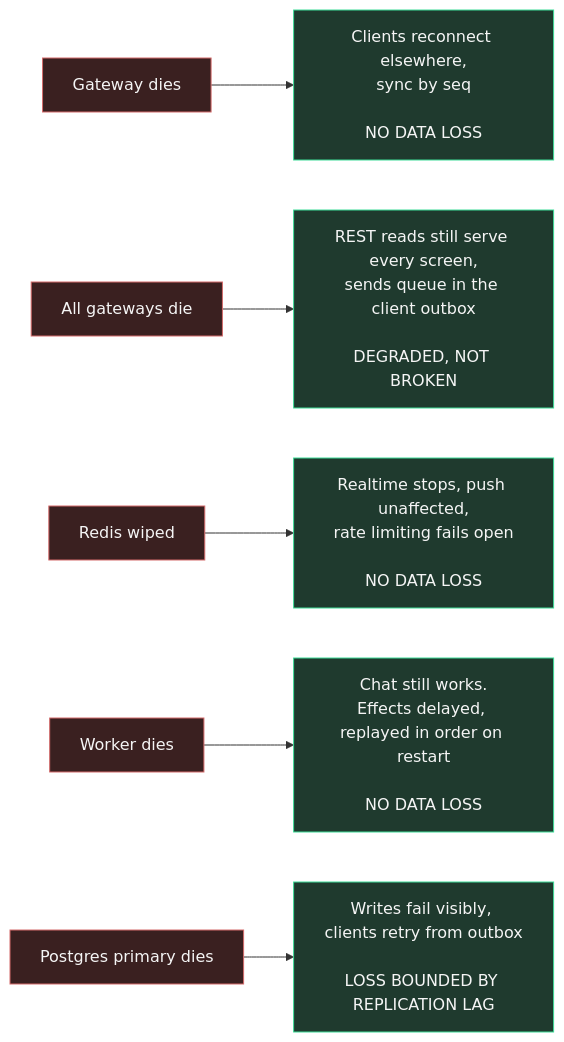
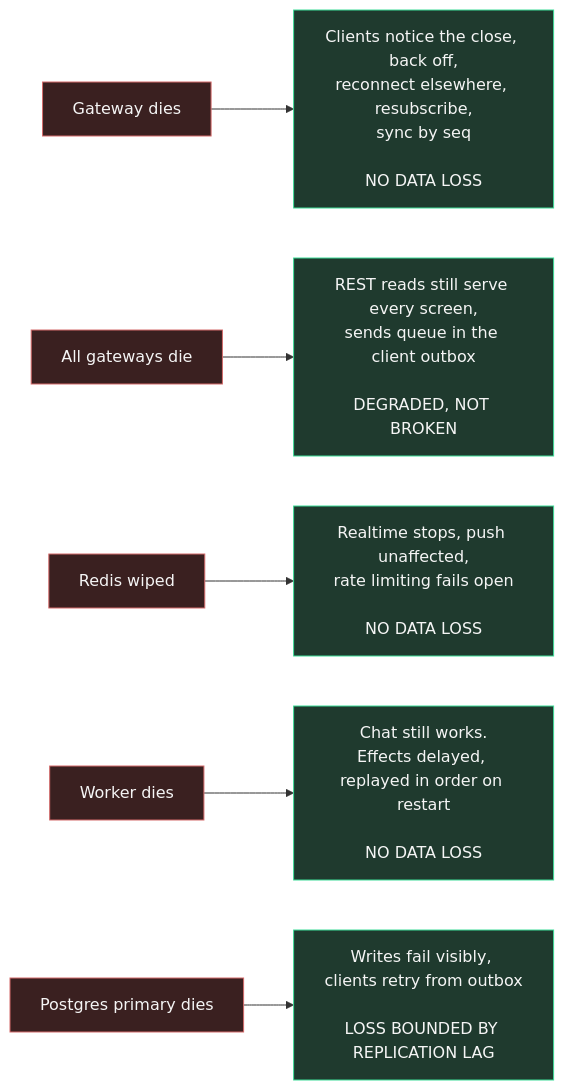
Before and after one commit to parks3131/ClubChat-Remastered: the sixth of 6 diagrams in SPEC/TECH/17-diagrams.md, drawn with Mermaid. The commit also changed other lines of this file and 8 other files, not shown here.

````diff
--- a/SPEC/TECH/17-diagrams.md
+++ b/SPEC/TECH/17-diagrams.md
@@ -264,13 +272,13 @@
 ```mermaid
 flowchart LR
-    K1["Gateway dies"] --> R1["Clients reconnect elsewhere,<br/>sync by seq<br/><br/>NO DATA LOSS"]
+    K1["Gateway dies"] --> R1["Clients notice the close, back off,<br/>reconnect elsewhere, resubscribe,<br/>sync by seq<br/><br/>NO DATA LOSS"]
     K2["All gateways die"] --> R2["REST reads still serve every screen,<br/>sends queue in the client outbox<br/><br/>DEGRADED, NOT BROKEN"]
     K3["Redis wiped"] --> R3["Realtime stops, push unaffected,<br/>rate limiting fails open<br/><br/>NO DATA LOSS"]
     K4["Worker dies"] --> R4["Chat still works.<br/>Effects delayed, replayed in order on restart<br/><br/>NO DATA LOSS"]
     K5["Postgres primary dies"] --> R5["Writes fail visibly, clients retry from outbox<br/><br/>LOSS BOUNDED BY REPLICATION LAG"]
 
     classDef fail fill:#3a2020,stroke:#d46a6a,color:#f5f5f5
     classDef ok fill:#1f3a2e,stroke:#3ddc97,color:#f5f5f5
     class K1,K2,K3,K4,K5 fail
     class R1,R2,R3,R4,R5 ok
 ```
````
